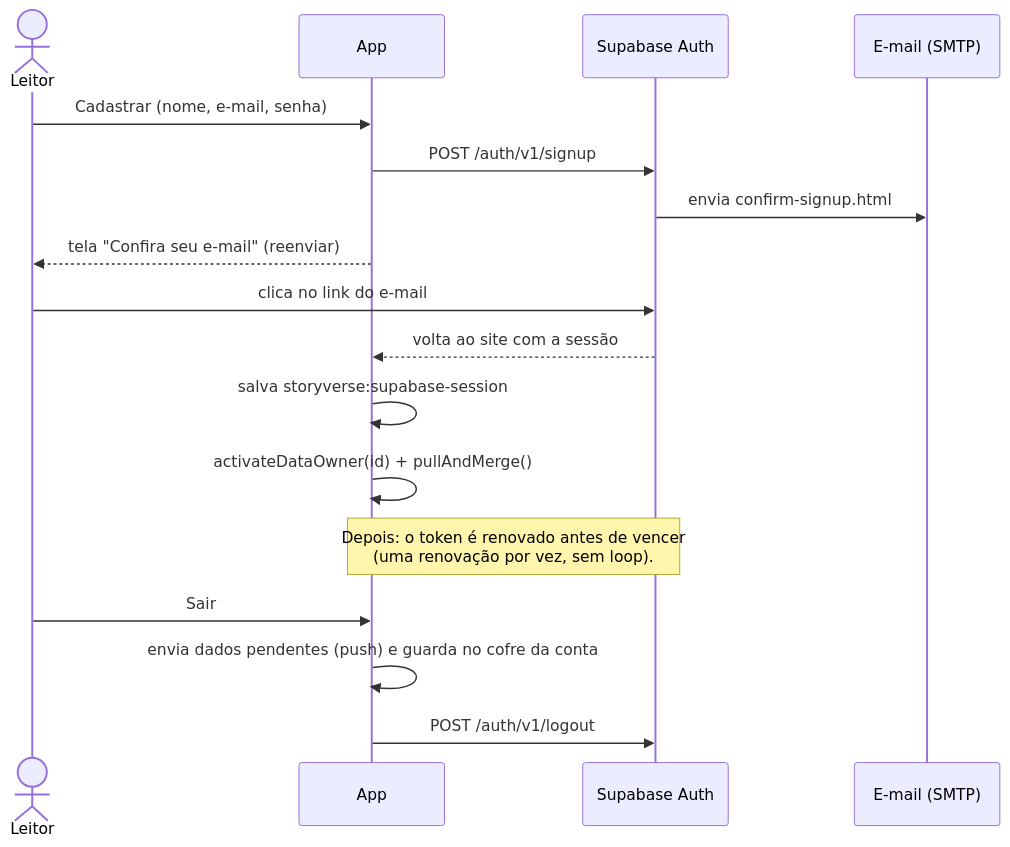
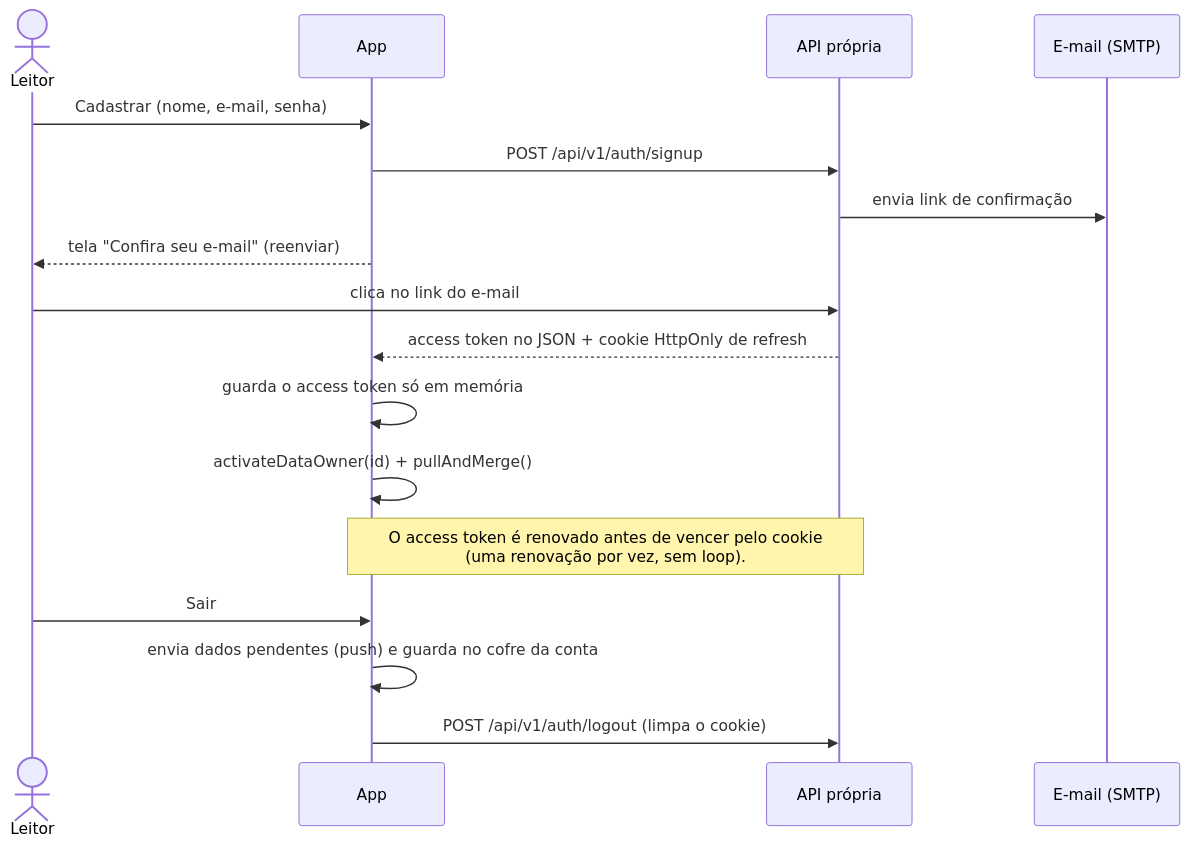
Before and after one commit to axyonsoftwarehouse/story-verse-web: the third of 14 diagrams in docs/ARQUITETURA.md, drawn with Mermaid. The commit also changed other lines of this file and 23 other files, not shown here.

Commit message:
feat(seguranca): sessao por cookie, csp, consentimento, conta e supply chain

````diff
--- a/docs/ARQUITETURA.md
+++ b/docs/ARQUITETURA.md
@@ -122,22 +121,22 @@
 ```mermaid
 sequenceDiagram
   actor L as Leitor
   participant A as App
-  participant SA as Supabase Auth
+  participant API as API própria
   participant M as E-mail (SMTP)
 
   L->>A: Cadastrar (nome, e-mail, senha)
-  A->>SA: POST /auth/v1/signup
-  SA->>M: envia confirm-signup.html
+  A->>API: POST /api/v1/auth/signup
+  API->>M: envia link de confirmação
   A-->>L: tela "Confira seu e-mail" (reenviar)
-  L->>SA: clica no link do e-mail
-  SA-->>A: volta ao site com a sessão
-  A->>A: salva storyverse:supabase-session
+  L->>API: clica no link do e-mail
+  API-->>A: access token no JSON + cookie HttpOnly de refresh
+  A->>A: guarda o access token só em memória
   A->>A: activateDataOwner(id) + pullAndMerge()
 
-  Note over A,SA: Depois: o token é renovado antes de vencer<br/>(uma renovação por vez, sem loop).
+  Note over A,API: O access token é renovado antes de vencer pelo cookie<br/>(uma renovação por vez, sem loop).
 
   L->>A: Sair
   A->>A: envia dados pendentes (push) e guarda no cofre da conta
-  A->>SA: POST /auth/v1/logout
+  A->>API: POST /api/v1/auth/logout (limpa o cookie)
 ```
````
